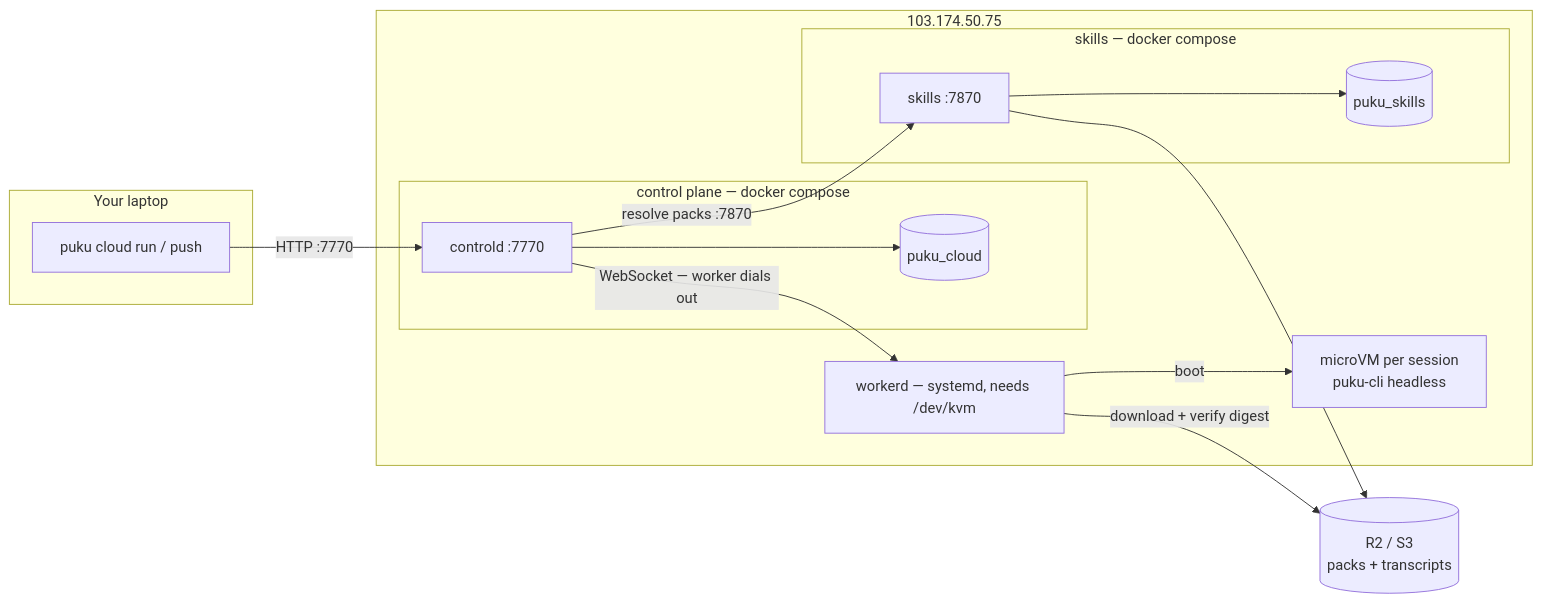
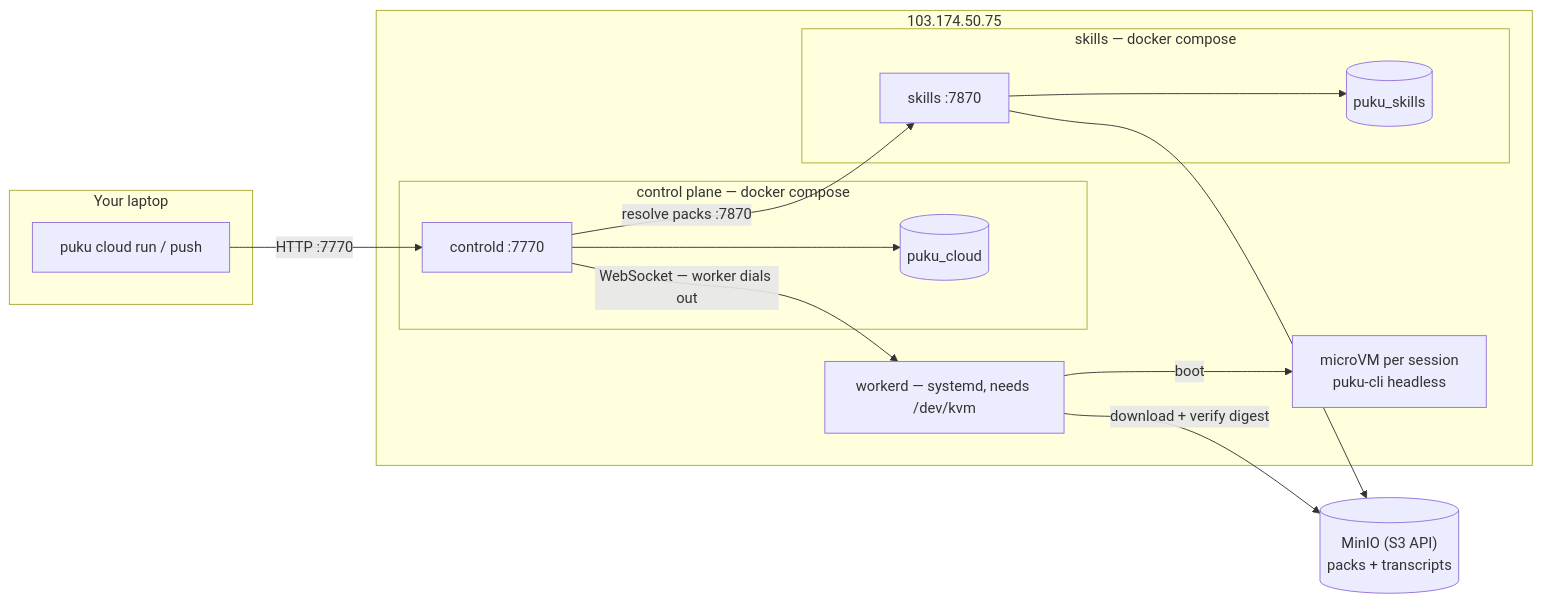
One commit to Rakibul-Islam-Nahim/puku-agent-cloud changed the diagram in docs/DEPLOYMENT.md. Above: the diagram before and after it, drawn with Mermaid. The commit also changed other lines of this file and 5 other files, not shown here.

````diff
--- a/docs/DEPLOYMENT.md
+++ b/docs/DEPLOYMENT.md
@@ -33,30 +33,30 @@
 ```mermaid
 flowchart LR
   subgraph laptop["Your laptop"]
     CLI["puku cloud run / push"]
   end
 
   subgraph box["103.174.50.75"]
     subgraph cp["control plane — docker compose"]
       CD["controld :7770"]
       PG1[("puku_cloud")]
     end
     subgraph sk["skills — docker compose"]
       SK["skills :7870"]
       PG2[("puku_skills")]
     end
     WD["workerd — systemd, needs /dev/kvm"]
     VM["microVM per session<br/>puku-cli headless"]
   end
 
-  R2[("R2 / S3<br/>packs + transcripts")]
+  OBJ[("MinIO (S3 API)<br/>packs + transcripts")]
 
   CLI -->|"HTTP :7770"| CD
   CD -->|"resolve packs :7870"| SK
   SK --> PG2
-  SK --> R2
+  SK --> OBJ
   CD --> PG1
   CD -->|"WebSocket — worker dials out"| WD
   WD -->|boot| VM
-  WD -->|"download + verify digest"| R2
+  WD -->|"download + verify digest"| OBJ
 ```
````
